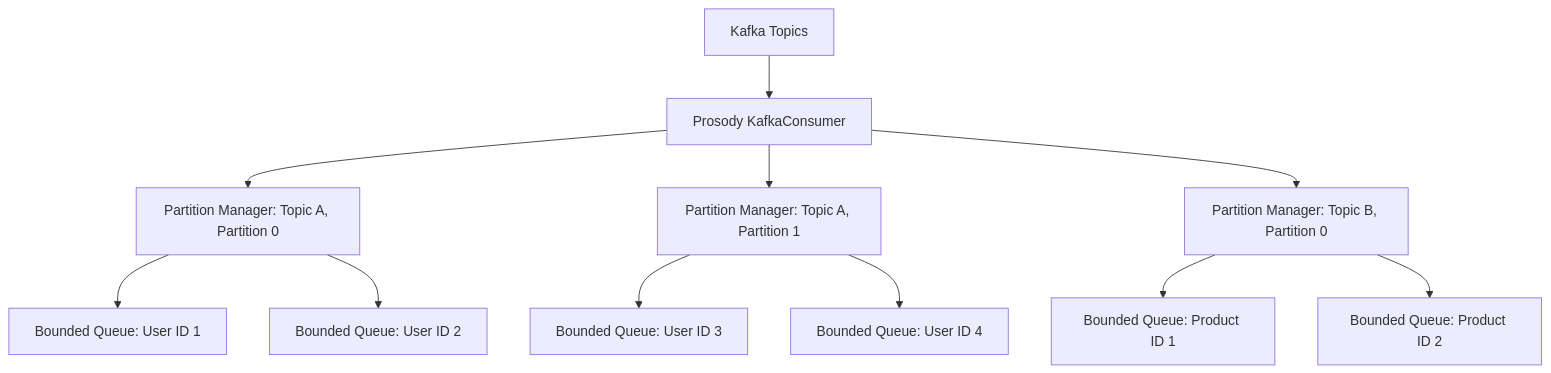
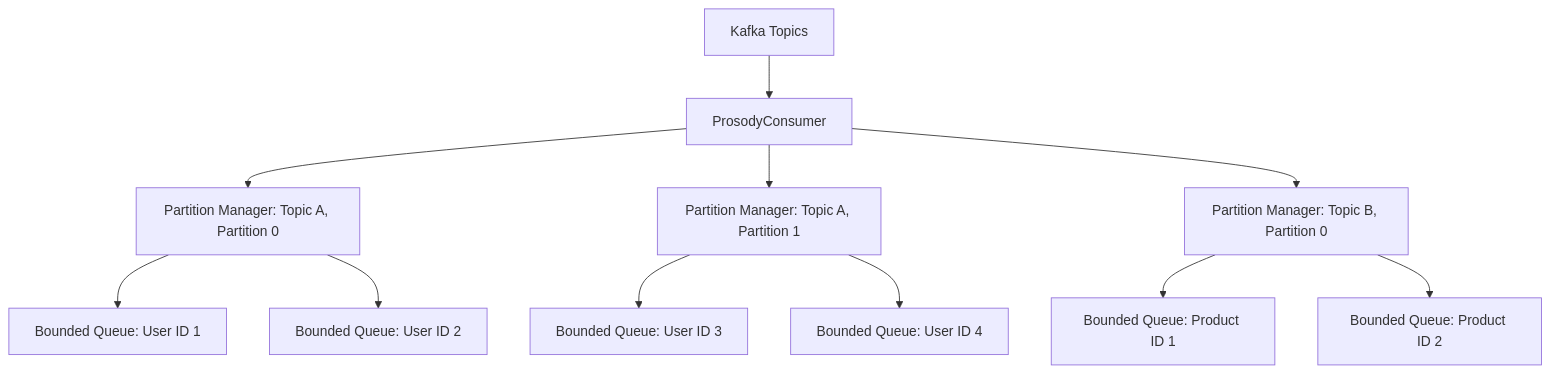
The first of 2 diagrams in prosody/README.md (prosody-events/prosody), drawn with Mermaid before and after one commit. The commit also changed other lines of this file and 19 other files, not shown here.

````diff
--- a/prosody/README.md
+++ b/prosody/README.md
@@ -133,13 +123,13 @@
 ```mermaid
 graph TD
-    A[Kafka Topics] --> B[Prosody KafkaConsumer]
+    A[Kafka Topics] --> B[ProsodyConsumer]
     B --> C[Partition Manager: Topic A, Partition 0]
     B --> D[Partition Manager: Topic A, Partition 1]
     B --> E[Partition Manager: Topic B, Partition 0]
     C --> F[Bounded Queue: User ID 1]
     C --> G[Bounded Queue: User ID 2]
     D --> H[Bounded Queue: User ID 3]
     D --> I[Bounded Queue: User ID 4]
     E --> J[Bounded Queue: Product ID 1]
     E --> K[Bounded Queue: Product ID 2]
 ```
````
